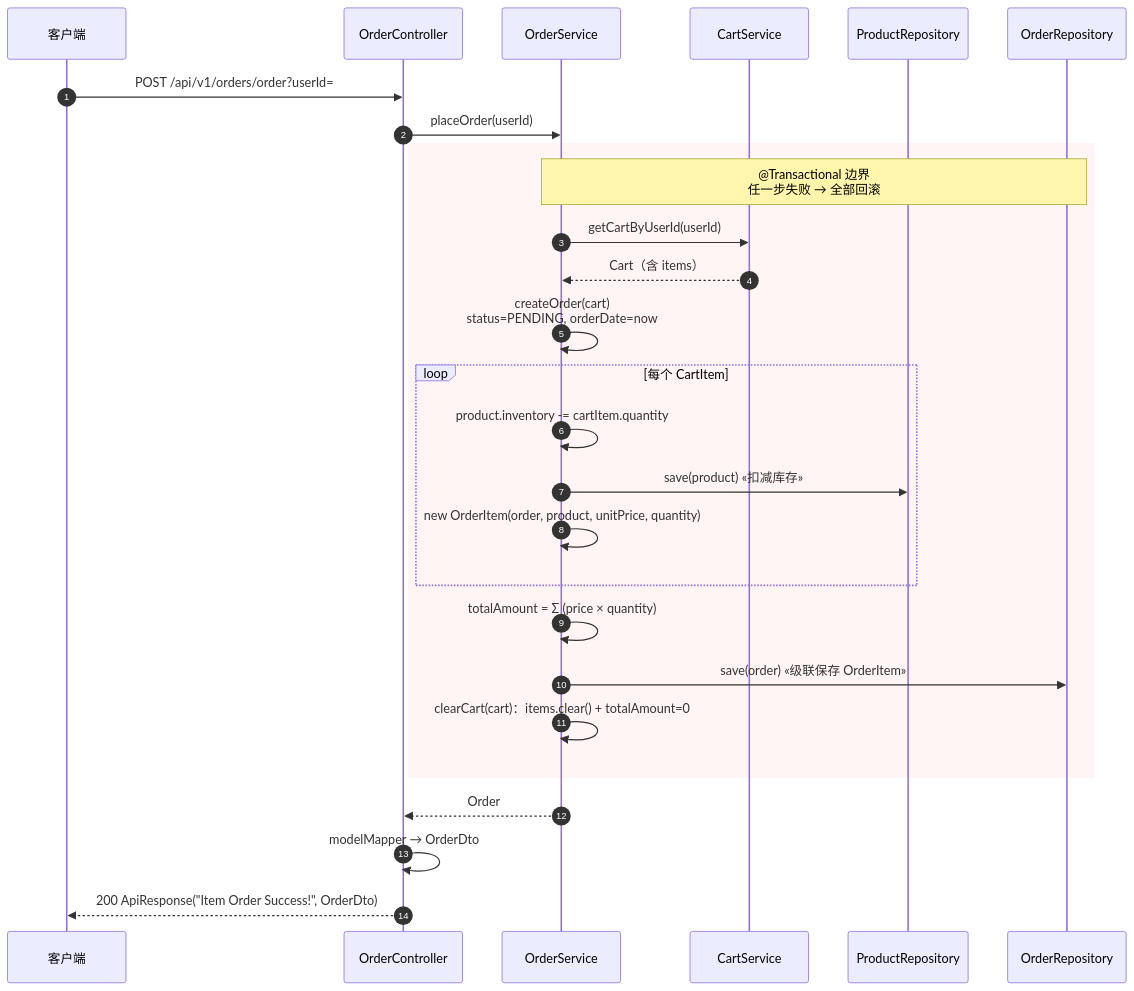
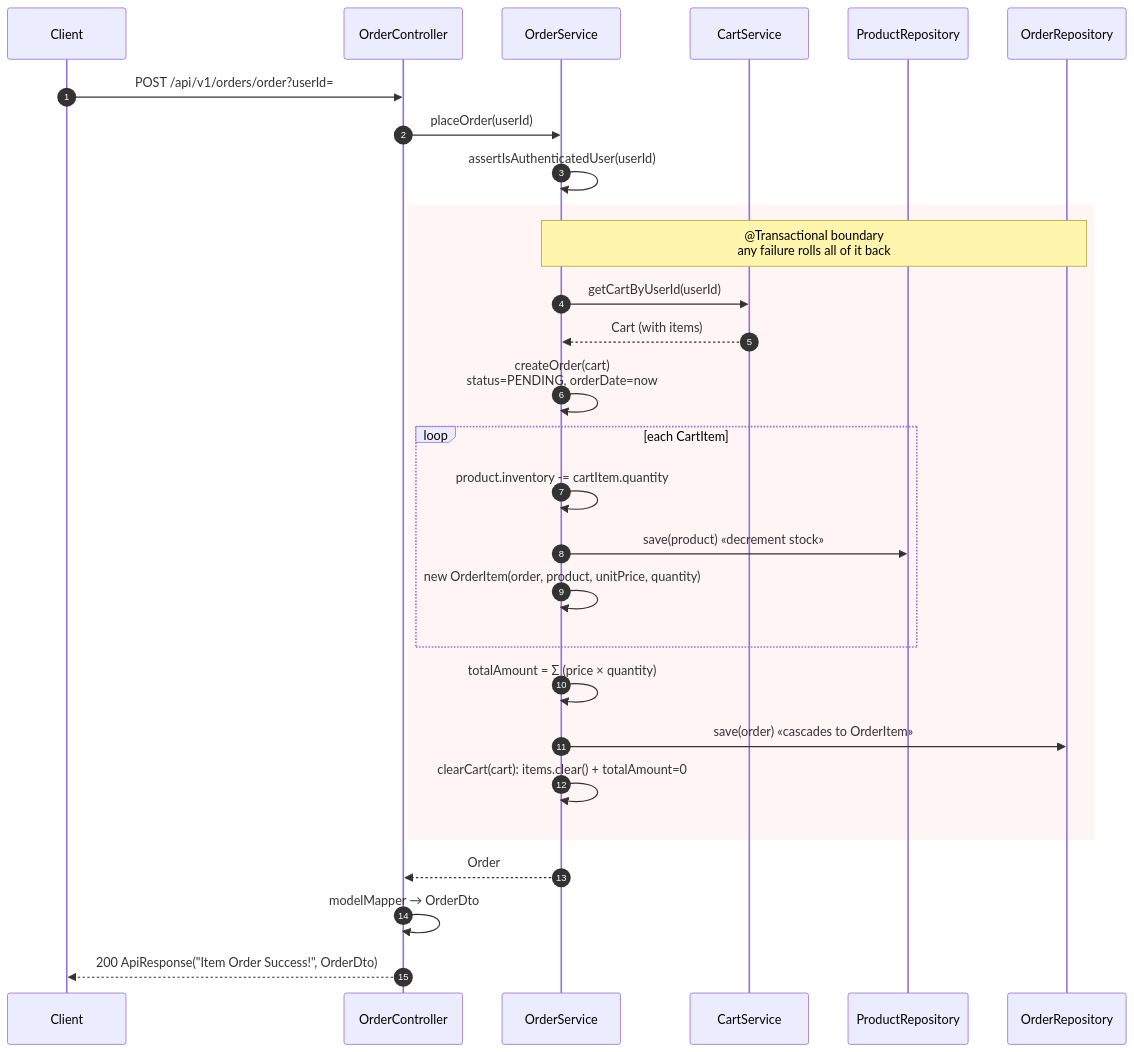
Diagram 24 of 24 in DESIGN.md (Chuan-Qiu/buynowdotcom), drawn with Mermaid before and after one commit. The commit also changed other lines of this file and 26 other files, not shown here.

````diff
--- a/DESIGN.md
+++ b/DESIGN.md
@@ -1353,32 +1439,33 @@
 ```mermaid
 sequenceDiagram
     autonumber
-    participant FE as 客户端
+    participant FE as Client
     participant OC as OrderController
     participant OS as OrderService
     participant CS as CartService
     participant PR as ProductRepository
     participant OR as OrderRepository
 
     FE->>OC: POST /api/v1/orders/order?userId=
     OC->>OS: placeOrder(userId)
+    OS->>OS: assertIsAuthenticatedUser(userId)
 
     rect rgb(255, 245, 245)
-    Note over OS,OR: @Transactional 边界<br/>任一步失败 → 全部回滚
+    Note over OS,OR: @Transactional boundary<br/>any failure rolls all of it back
     OS->>CS: getCartByUserId(userId)
-    CS-->>OS: Cart（含 items）
+    CS-->>OS: Cart (with items)
     OS->>OS: createOrder(cart)<br/>status=PENDING, orderDate=now
-    loop 每个 CartItem
+    loop each CartItem
         OS->>OS: product.inventory -= cartItem.quantity
-        OS->>PR: save(product) «扣减库存»
+        OS->>PR: save(product) «decrement stock»
         OS->>OS: new OrderItem(order, product, unitPrice, quantity)
     end
     OS->>OS: totalAmount = Σ (price × quantity)
-    OS->>OR: save(order) «级联保存 OrderItem»
-    OS->>OS: clearCart(cart)：items.clear() + totalAmount=0
+    OS->>OR: save(order) «cascades to OrderItem»
+    OS->>OS: clearCart(cart): items.clear() + totalAmount=0
     end
 
     OS-->>OC: Order
     OC->>OC: modelMapper → OrderDto
     OC-->>FE: 200 ApiResponse("Item Order Success!", OrderDto)
 ```
````
